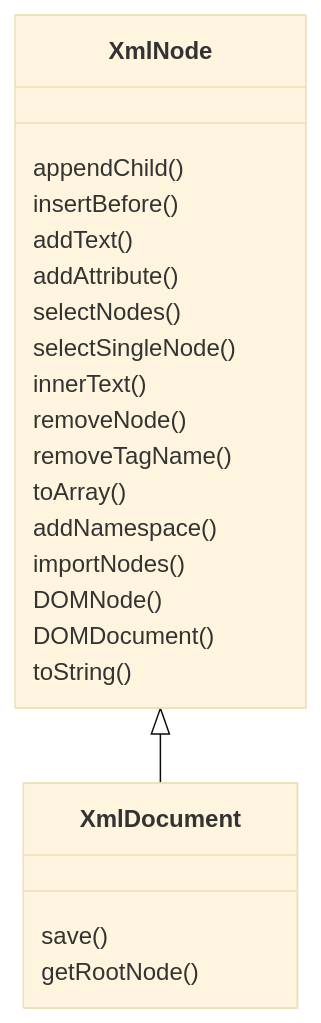
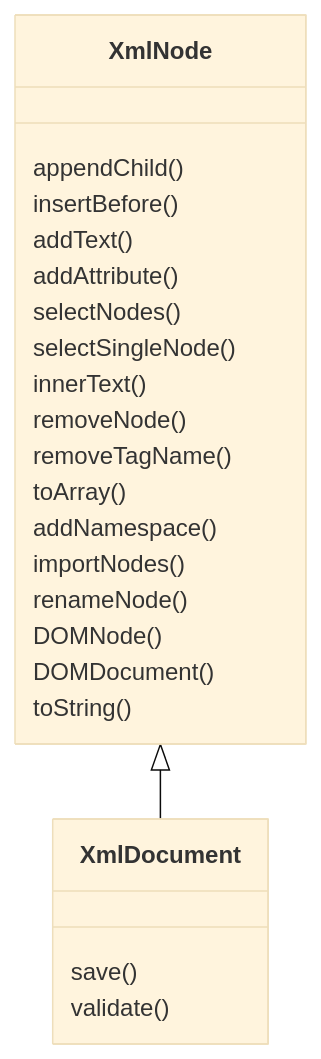
Before and after one commit to byjg/byjg.github.io: the diagram in docs/php/xmlutil/using-api.md, drawn with Mermaid (base theme). The commit also changed other lines of this file and 9 other files, not shown here.

````diff
--- a/docs/php/xmlutil/using-api.md
+++ b/docs/php/xmlutil/using-api.md
@@ -52,27 +187,27 @@
 ```mermaid
 classDiagram
     XmlNode <|-- XmlDocument
 
     class XmlNode{
         appendChild()
         insertBefore()
         addText()
         addAttribute()
         selectNodes()
         selectSingleNode()
         innerText()
         removeNode()
         removeTagName()
         toArray()
         addNamespace()
         importNodes()
+        renameNode()
         DOMNode()
         DOMDocument()
         toString()
     }
     class XmlDocument{
         save()
-        getRootNode()
+        validate()
     }
-
 ```
````
